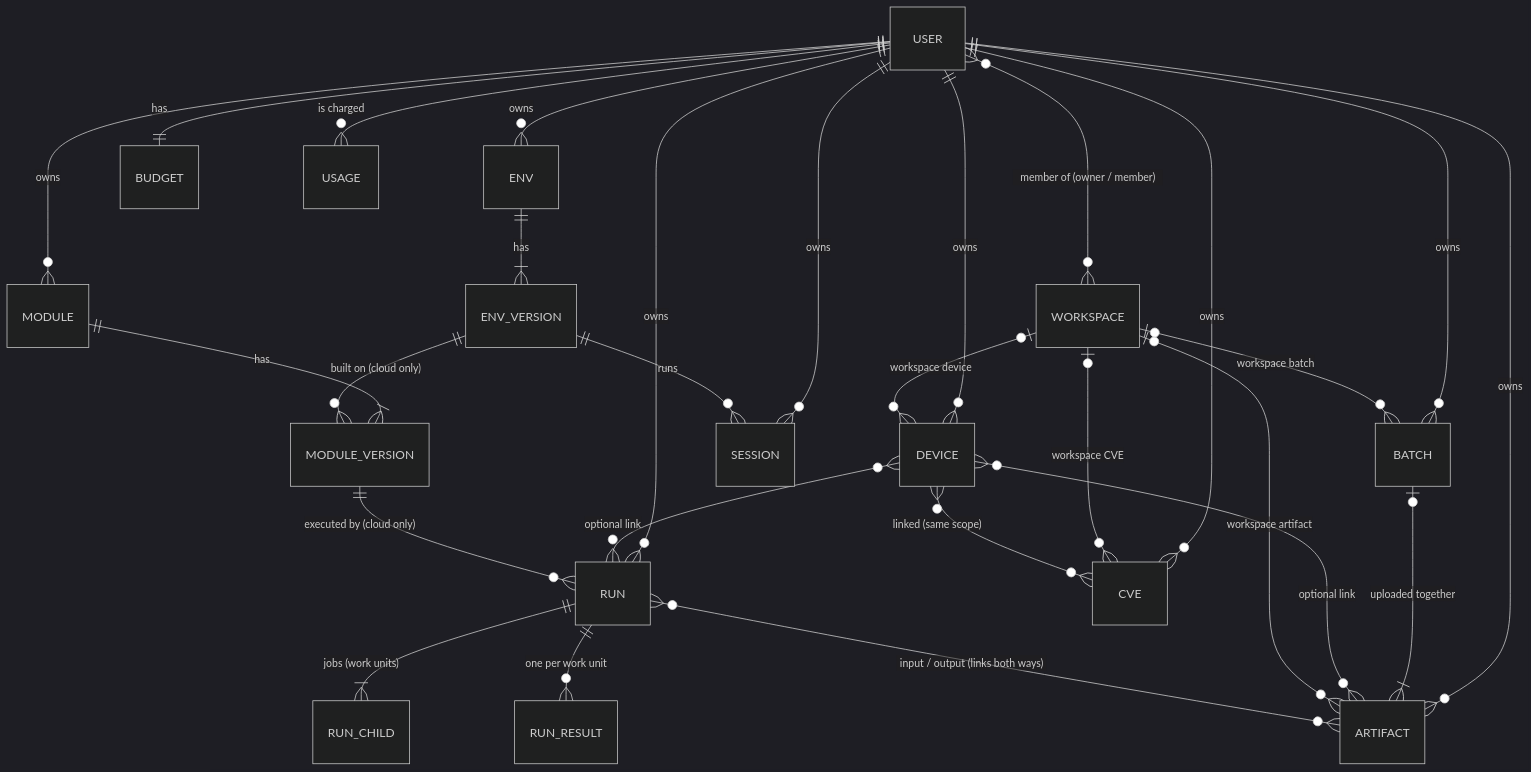
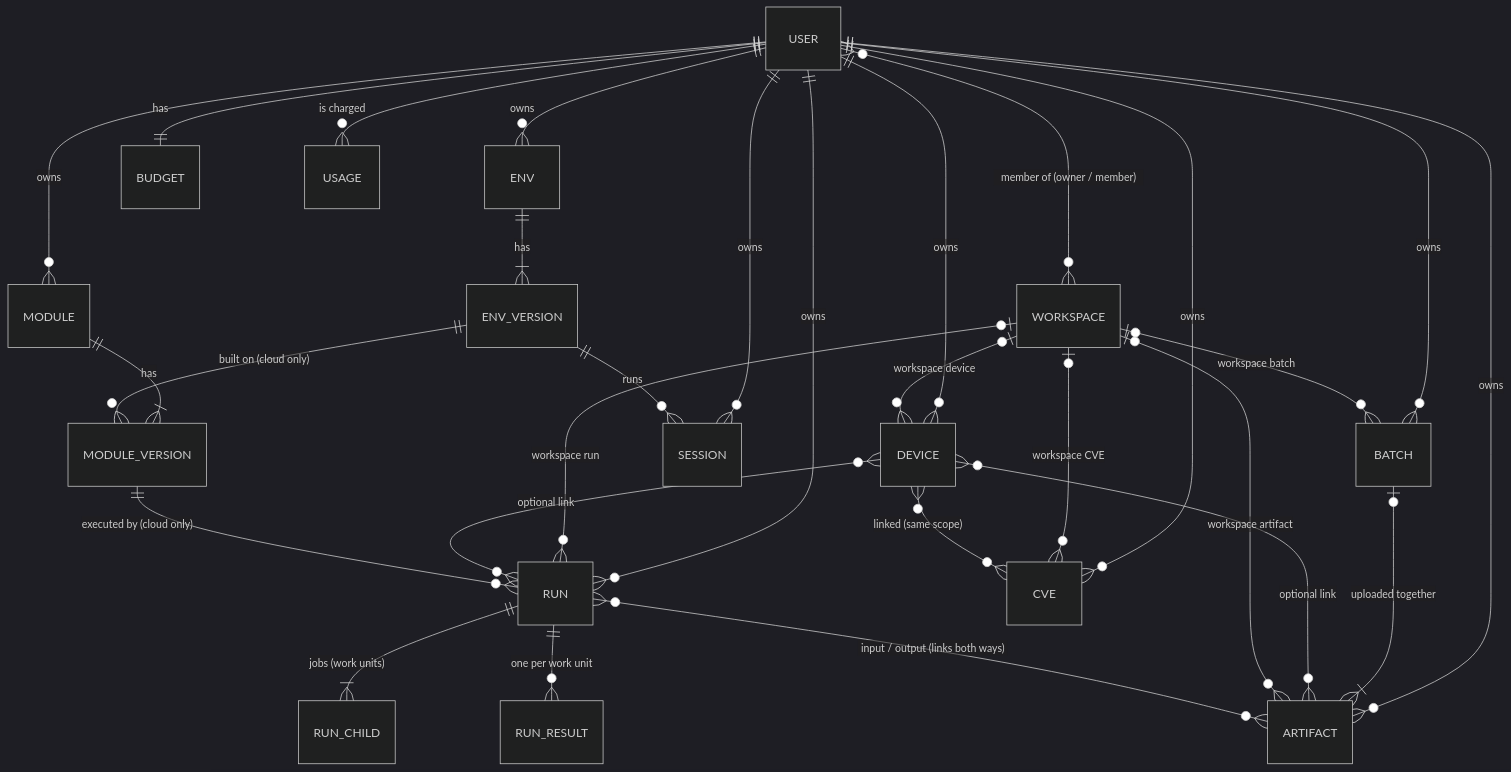
The diagram in Platform/infra/DATABASE.md (NathanMal04/Healthcare-IoT-Testbed), drawn with Mermaid (dark theme) before and after one commit. The commit also changed other lines of this file and 7 other files, not shown here.

````diff
--- a/Platform/infra/DATABASE.md
+++ b/Platform/infra/DATABASE.md
@@ -383,30 +411,31 @@
 ```mermaid
 erDiagram
     USER ||--o{ DEVICE : owns
     USER ||--o{ ARTIFACT : owns
     USER ||--o{ BATCH : owns
     BATCH |o--|{ ARTIFACT : "uploaded together"
     USER ||--o{ MODULE : owns
     USER ||--o{ ENV : owns
     USER ||--o{ RUN : owns
     USER ||--o{ SESSION : owns
     USER ||--|| BUDGET : has
     USER ||--o{ USAGE : "is charged"
     USER }o--o{ WORKSPACE : "member of (owner / member)"
     WORKSPACE |o--o{ DEVICE : "workspace device"
     DEVICE }o--o{ ARTIFACT : "optional link"
     WORKSPACE |o--o{ ARTIFACT : "workspace artifact"
     WORKSPACE |o--o{ BATCH : "workspace batch"
     USER ||--o{ CVE : owns
     WORKSPACE |o--o{ CVE : "workspace CVE"
     DEVICE }o--o{ CVE : "linked (same scope)"
+    WORKSPACE |o--o{ RUN : "workspace run"
     DEVICE }o--o{ RUN : "optional link"
     MODULE ||--|{ MODULE_VERSION : has
     ENV ||--|{ ENV_VERSION : has
     ENV_VERSION ||--o{ MODULE_VERSION : "built on (cloud only)"
     ENV_VERSION ||--o{ SESSION : "runs"
     MODULE_VERSION ||--o{ RUN : "executed by (cloud only)"
     RUN ||--|{ RUN_CHILD : "jobs (work units)"
     RUN ||--o{ RUN_RESULT : "one per work unit"
     RUN }o--o{ ARTIFACT : "input / output (links both ways)"
 ```
````
